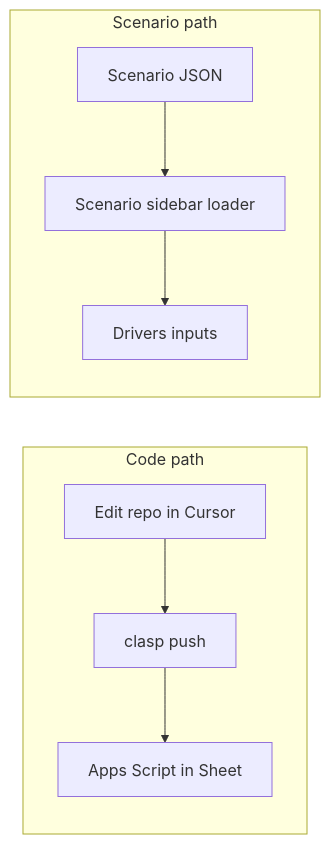
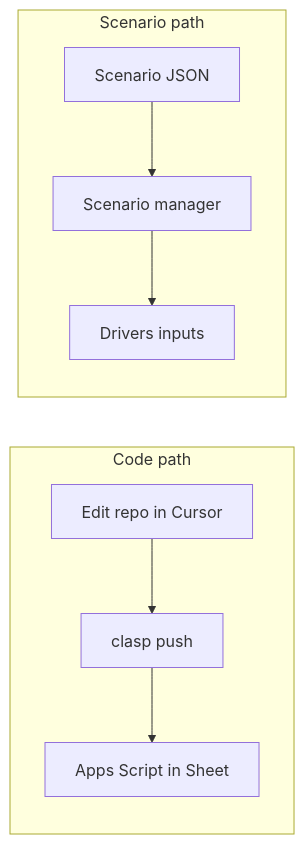
The diagram in README.md (deskree-inc/forecast-appscript), drawn with Mermaid before and after one commit. The commit also changed other lines of this file and 10 other files, not shown here.

````diff
--- a/README.md
+++ b/README.md
@@ -34,15 +34,15 @@
 ```mermaid
 flowchart LR
   subgraph codePath [Code path]
     Cursor[Edit repo in Cursor]
     Push["clasp push"]
     SheetCode[Apps Script in Sheet]
     Cursor --> Push --> SheetCode
   end
   subgraph scenarioPath [Scenario path]
     Json[Scenario JSON]
-    Loader[Scenario sidebar loader]
+    Mgr[Scenario manager]
     Drivers[Drivers inputs]
-    Json --> Loader --> Drivers
+    Json --> Mgr --> Drivers
   end
 ```
````
